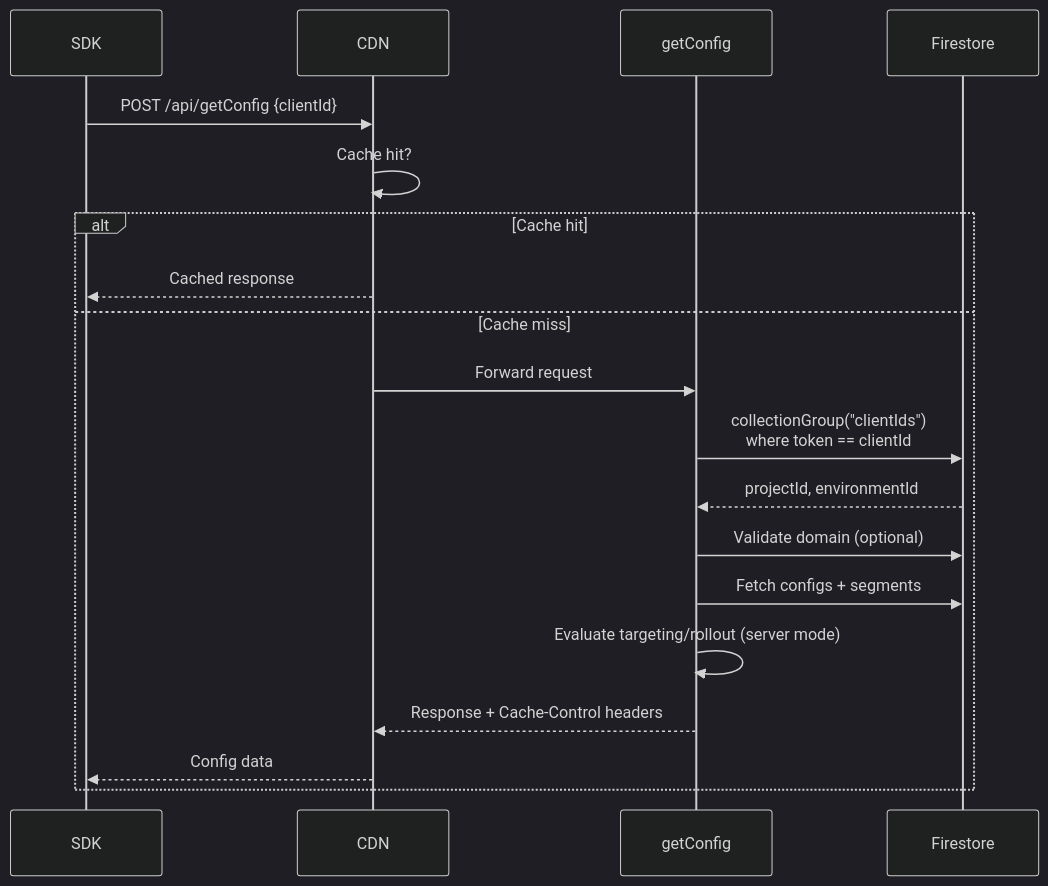
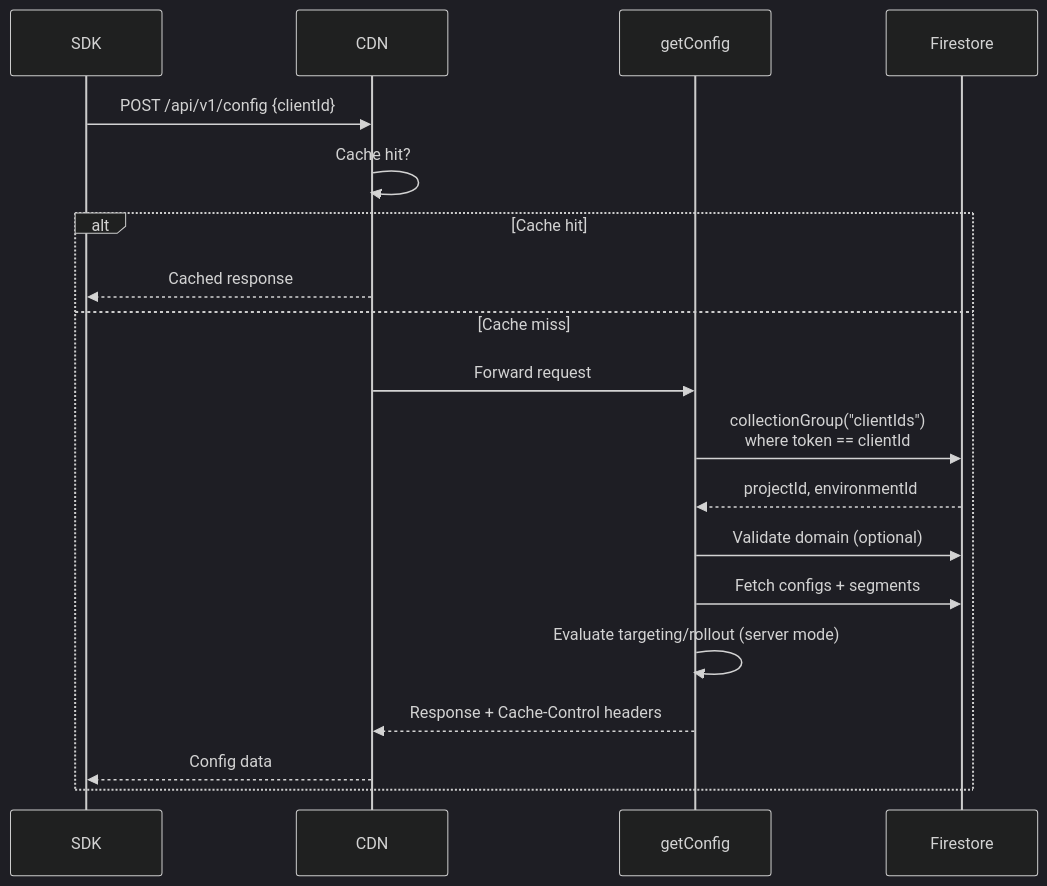
The second of 7 diagrams in apps/docs/api/cloud-functions.md (jewel998/config), drawn with Mermaid (dark theme) before and after one commit. The commit also changed other lines of this file and 13 other files, not shown here.

First line of the commit message:
feat: version API endpoints (/api/v1/config, /api/v1/version)

````diff
--- a/apps/docs/api/cloud-functions.md
+++ b/apps/docs/api/cloud-functions.md
@@ -78,22 +78,22 @@
 ```mermaid
 sequenceDiagram
     participant SDK
     participant CDN
     participant getConfig
     participant Firestore
 
-    SDK->>CDN: POST /api/getConfig {clientId}
+    SDK->>CDN: POST /api/v1/config {clientId}
     CDN->>CDN: Cache hit?
     alt Cache hit
         CDN-->>SDK: Cached response
     else Cache miss
         CDN->>getConfig: Forward request
         getConfig->>Firestore: collectionGroup("clientIds")<br/>where token == clientId
         Firestore-->>getConfig: projectId, environmentId
         getConfig->>Firestore: Validate domain (optional)
         getConfig->>Firestore: Fetch configs + segments
         getConfig->>getConfig: Evaluate targeting/rollout (server mode)
         getConfig-->>CDN: Response + Cache-Control headers
         CDN-->>SDK: Config data
     end
 ```
````
